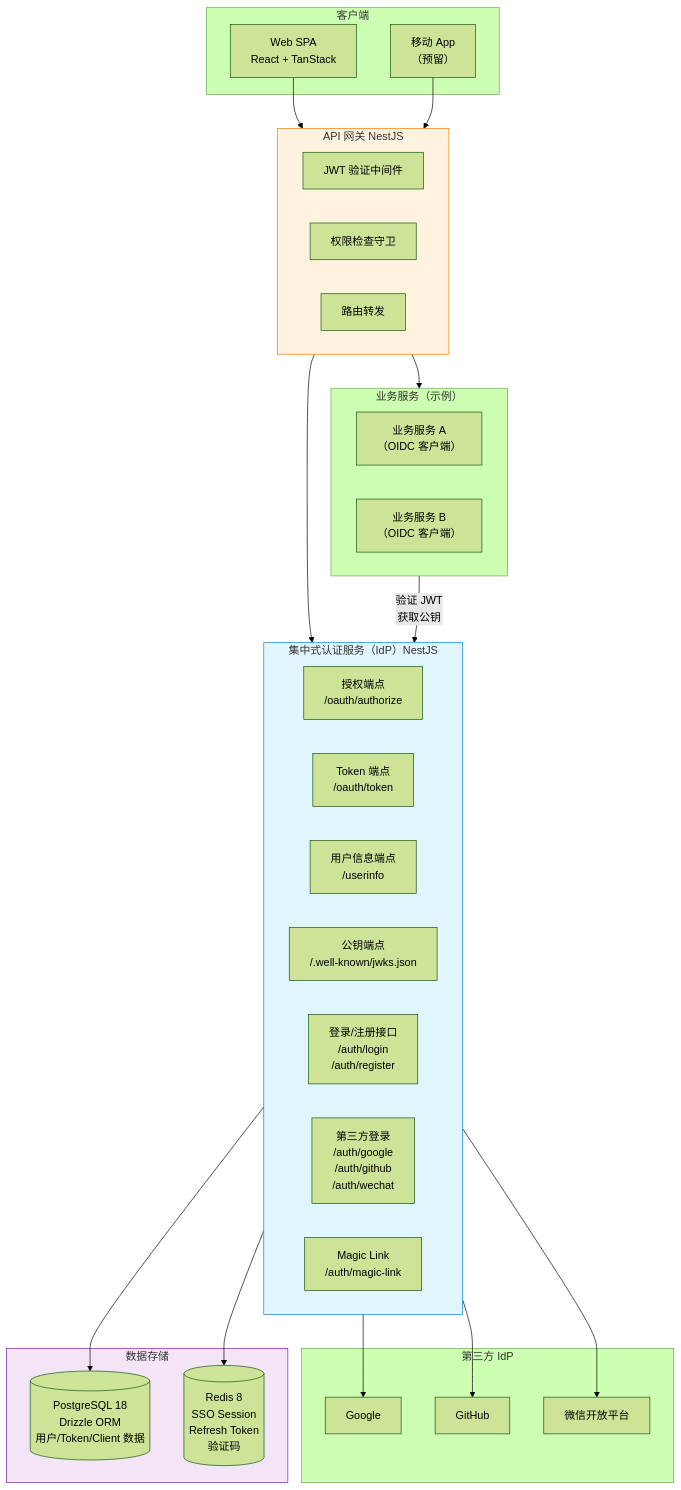
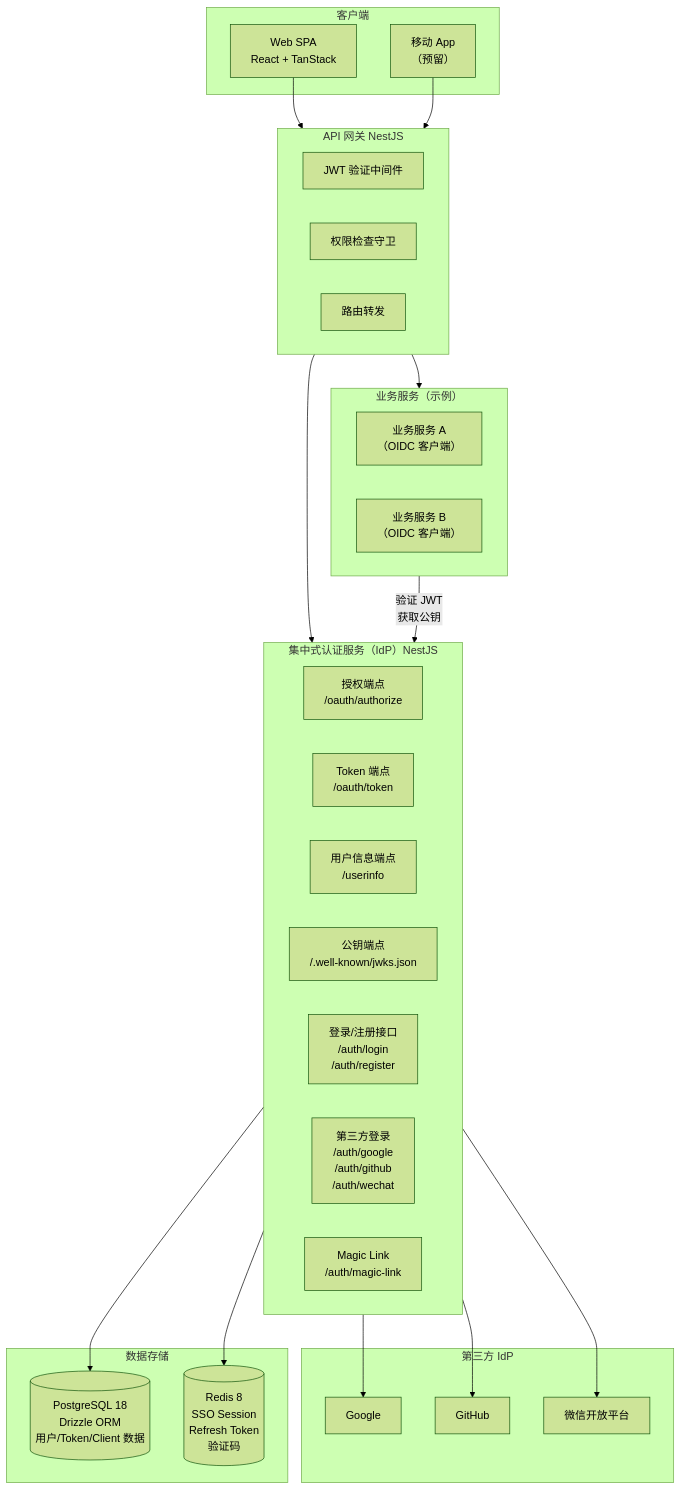
The first of 3 diagrams in docs/tutorial-overview.md (luohuidong/auth-tutorial), drawn with Mermaid (forest theme) before and after one commit. The commit also changed 8 other files, not shown here.

First line of the commit message:
docs: 移除 mermaid 图表硬编码颜色以兼容 light/dark theme

````diff
--- a/docs/tutorial-overview.md
+++ b/docs/tutorial-overview.md
@@ -39,54 +39,51 @@
 ```mermaid
 flowchart TB
     subgraph Clients["客户端"]
         SPA["Web SPA\nReact + TanStack"]
         APP["移动 App\n（预留）"]
     end
 
     subgraph Gateway["API 网关 NestJS"]
         GW_JWT["JWT 验证中间件"]
         GW_RBAC["权限检查守卫"]
         GW_Route["路由转发"]
     end
 
     subgraph IdP["集中式认证服务（IdP）NestJS"]
         EP_Auth["授权端点\n/oauth/authorize"]
         EP_Token["Token 端点\n/oauth/token"]
         EP_User["用户信息端点\n/userinfo"]
         EP_JWKS["公钥端点\n/.well-known/jwks.json"]
         EP_Login["登录/注册接口\n/auth/login\n/auth/register"]
         EP_Social["第三方登录\n/auth/google\n/auth/github\n/auth/wechat"]
         EP_Magic["Magic Link\n/auth/magic-link"]
     end
 
     subgraph BizServices["业务服务（示例）"]
         SvcA["业务服务 A\n（OIDC 客户端）"]
         SvcB["业务服务 B\n（OIDC 客户端）"]
     end
 
     subgraph ThirdParty["第三方 IdP"]
         Google["Google"]
         GitHub["GitHub"]
         WeChat["微信开放平台"]
     end
 
     subgraph Storage["数据存储"]
         PG[("PostgreSQL 18\nDrizzle ORM\n用户/Token/Client 数据")]
         Redis[("Redis 8\nSSO Session\nRefresh Token\n验证码")]
     end
 
     SPA --> Gateway
     APP --> Gateway
     Gateway --> IdP
     Gateway --> BizServices
     IdP --> Google
     IdP --> GitHub
     IdP --> WeChat
     IdP --> PG
     IdP --> Redis
     BizServices -->|"验证 JWT\n获取公钥"| IdP
 
-    style IdP fill:#e1f5fe,stroke:#0288d1
-    style Gateway fill:#fff3e0,stroke:#f57c00
-    style Storage fill:#f3e5f5,stroke:#7b1fa2
 ```
````
